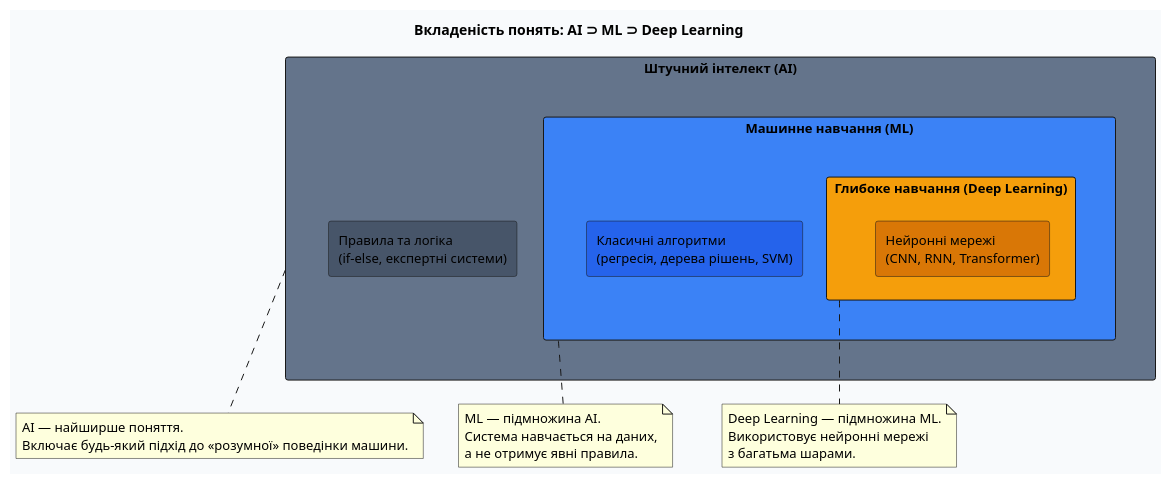
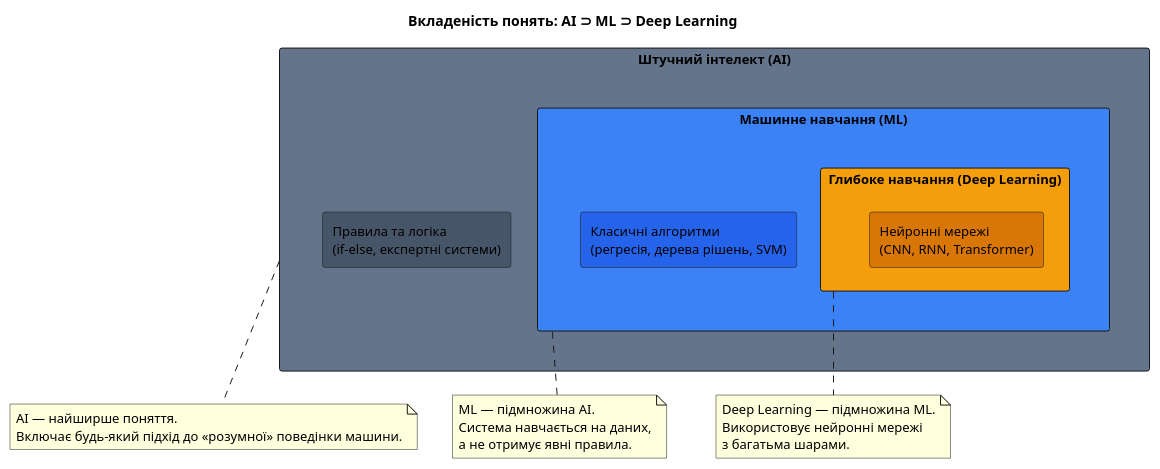
The second of 5 diagrams in content/16.ai-python/01.intro-to-ai.md (arakviel/kostyl.dev), drawn with PlantUML before and after one commit. The commit also changed other lines of this file and 9 other files, not shown here.

Commit message:
feat: implement JupyterCell and JupyterNotebook components with KaTeX math rendering and update PlantUML validation logic.

````diff
--- a/content/16.ai-python/01.intro-to-ai.md
+++ b/content/16.ai-python/01.intro-to-ai.md
@@ -139,40 +194,40 @@
 ```plantuml
 @startuml
 skinparam style plain
 skinparam defaultFontName "JetBrains Mono"
-skinparam backgroundColor #f8fafc
+skinparam backgroundColor #ffffff
 skinparam defaultFontSize 13
 
 title Вкладеність понять: AI ⊃ ML ⊃ Deep Learning
 
 rectangle "Штучний інтелект (AI)" as ai #64748b {
   rectangle "Правила та логіка\n(if-else, експертні системи)" as rules #475569
 
   rectangle "Машинне навчання (ML)" as ml #3b82f6 {
     rectangle "Класичні алгоритми\n(регресія, дерева рішень, SVM)" as classical #2563eb
 
     rectangle "Глибоке навчання (Deep Learning)" as dl #f59e0b {
       rectangle "Нейронні мережі\n(CNN, RNN, Transformer)" as nn #d97706
     }
   }
 }
 
 note bottom of ai
   AI — найширше поняття.
   Включає будь-який підхід до «розумної» поведінки машини.
 end note
 
 note bottom of ml
   ML — підмножина AI.
   Система навчається на даних,
   а не отримує явні правила.
 end note
 
 note bottom of dl
   Deep Learning — підмножина ML.
   Використовує нейронні мережі
   з багатьма шарами.
 end note
 
 @enduml
 ```
````
